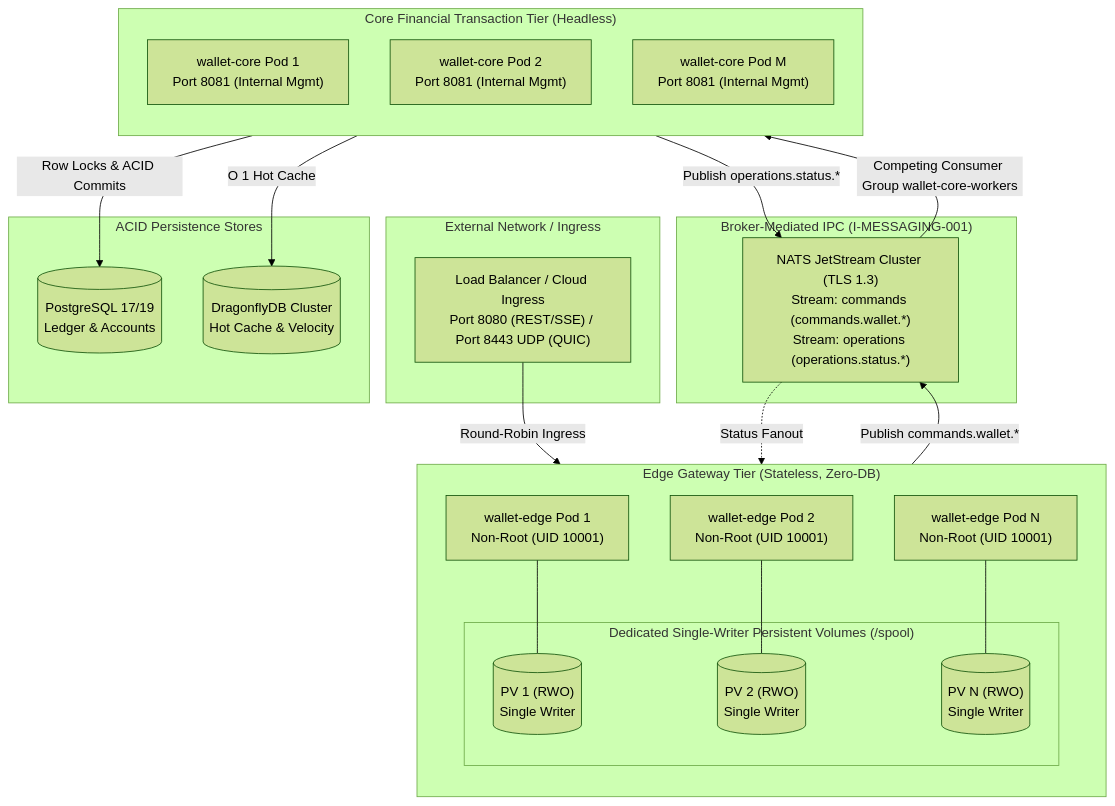
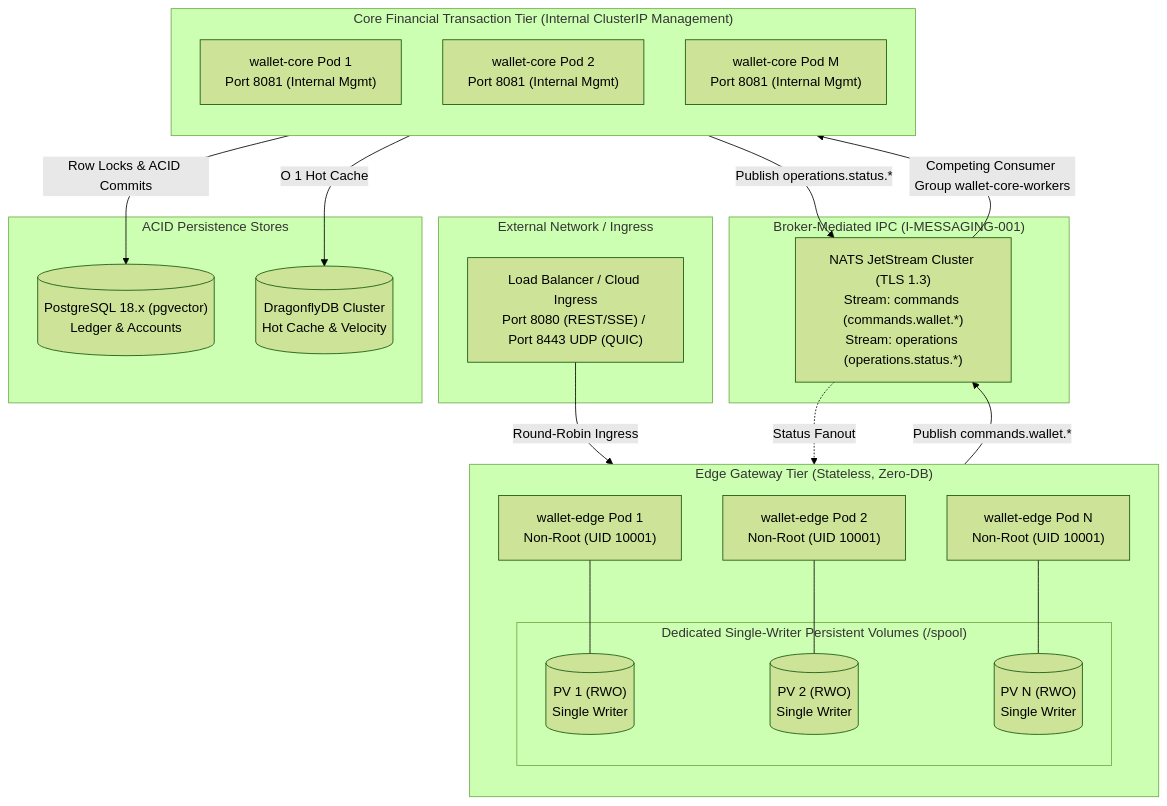
The first of 3 diagrams in .spec/plans/PLAN-000.9.2-containerized-multi-process-topology.md (kyogoiano/wallet), drawn with Mermaid (forest theme) before and after one commit. The commit also changed other lines of this file and 32 other files, not shown here.

````diff
--- a/.spec/plans/PLAN-000.9.2-containerized-multi-process-topology.md
+++ b/.spec/plans/PLAN-000.9.2-containerized-multi-process-topology.md
@@ -20,46 +20,46 @@
 ```mermaid
 flowchart TD
     subgraph External["External Network / Ingress"]
         LB["Load Balancer / Cloud Ingress<br/>Port 8080 (REST/SSE) / Port 8443 UDP (QUIC)"]
     end
 
     subgraph EdgeCluster["Edge Gateway Tier (Stateless, Zero-DB)"]
         direction TB
         E1["wallet-edge Pod 1<br/>Non-Root (UID 10001)"]
         E2["wallet-edge Pod 2<br/>Non-Root (UID 10001)"]
         EN["wallet-edge Pod N<br/>Non-Root (UID 10001)"]
         
         subgraph SpoolVolumes["Dedicated Single-Writer Persistent Volumes (/spool)"]
             V1[("PV 1 (RWO)<br/>Single Writer")]
             V2[("PV 2 (RWO)<br/>Single Writer")]
             VN[("PV N (RWO)<br/>Single Writer")]
         end
         E1 --- V1
         E2 --- V2
         EN --- VN
     end
 
     subgraph MessagingFabric["Broker-Mediated IPC (I-MESSAGING-001)"]
         NATS["NATS JetStream Cluster (TLS 1.3)<br/>Stream: commands (commands.wallet.*)<br/>Stream: operations (operations.status.*)"]
     end
 
-    subgraph CoreCluster["Core Financial Transaction Tier (Headless)"]
+    subgraph CoreCluster["Core Financial Transaction Tier (Internal ClusterIP Management)"]
         direction TB
         C1["wallet-core Pod 1<br/>Port 8081 (Internal Mgmt)"]
         C2["wallet-core Pod 2<br/>Port 8081 (Internal Mgmt)"]
         CM["wallet-core Pod M<br/>Port 8081 (Internal Mgmt)"]
     end
 
     subgraph PersistenceTier["ACID Persistence Stores"]
-        PG[("PostgreSQL 17/19<br/>Ledger & Accounts")]
+        PG[("PostgreSQL 18.x (pgvector)<br/>Ledger & Accounts")]
         DF[("DragonflyDB Cluster<br/>Hot Cache & Velocity")]
     end
 
     LB -->|Round-Robin Ingress| EdgeCluster
     EdgeCluster -->|Publish commands.wallet.*| NATS
     NATS -->|Competing Consumer Group wallet-core-workers| CoreCluster
     CoreCluster -->|Publish operations.status.*| NATS
     NATS -.->|Status Fanout| EdgeCluster
     CoreCluster -->|Row Locks & ACID Commits| PG
     CoreCluster -->|O 1 Hot Cache| DF
 ```
````
